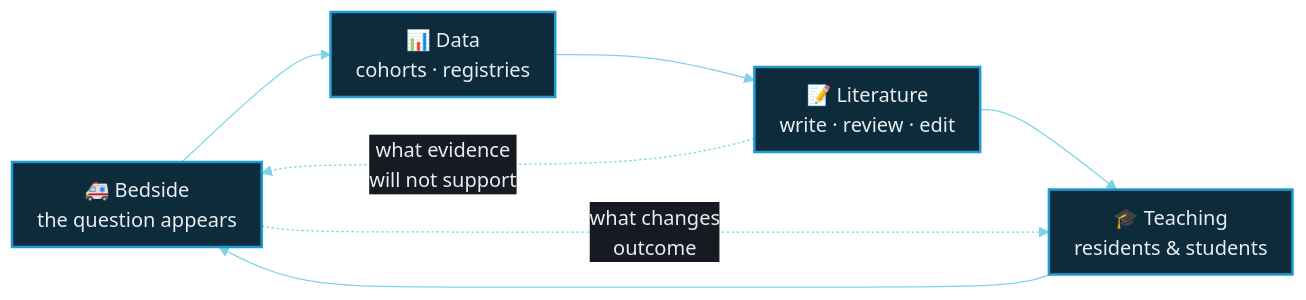
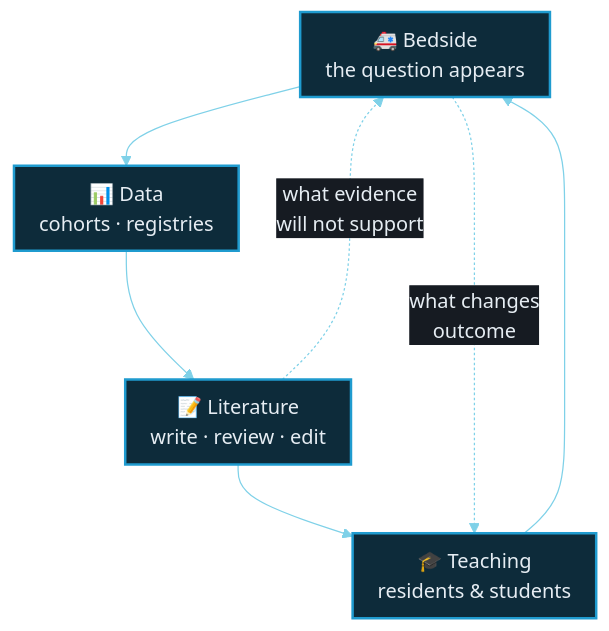
The diagram in README.md (farukdanis/farukdanis), drawn with Mermaid before and after one commit.

Commit message:
Lay the work-loop diagram out vertically so it fits the column

````diff
--- a/README.md
+++ b/README.md
@@ -118,16 +118,16 @@
 ```mermaid
 %%{init: {'theme':'base','themeVariables':{'primaryColor':'#0d2b3a','primaryTextColor':'#e6edf3','primaryBorderColor':'#1F9BCF','lineColor':'#7FD1E8','edgeLabelBackground':'#161b22','tertiaryColor':'#161b22','tertiaryTextColor':'#e6edf3','fontFamily':'Segoe UI, sans-serif','fontSize':'16px'},'flowchart':{'useMaxWidth':true,'curve':'basis','nodeSpacing':40,'rankSpacing':55,'padding':10}}}%%
-flowchart LR
+flowchart TD
     A["🚑 Bedside<br/>the question appears"]
     B["📊 Data<br/>cohorts · registries"]
     C["📝 Literature<br/>write · review · edit"]
     D["🎓 Teaching<br/>residents & students"]
 
     A --> B --> C --> D --> A
 
     A -.->|"what changes<br/>outcome"| D
     C -.->|"what evidence<br/>will not support"| A
 
     classDef node fill:#0d2b3a,stroke:#1F9BCF,stroke-width:2px,color:#e6edf3;
     class A,B,C,D node;
 ```
````
